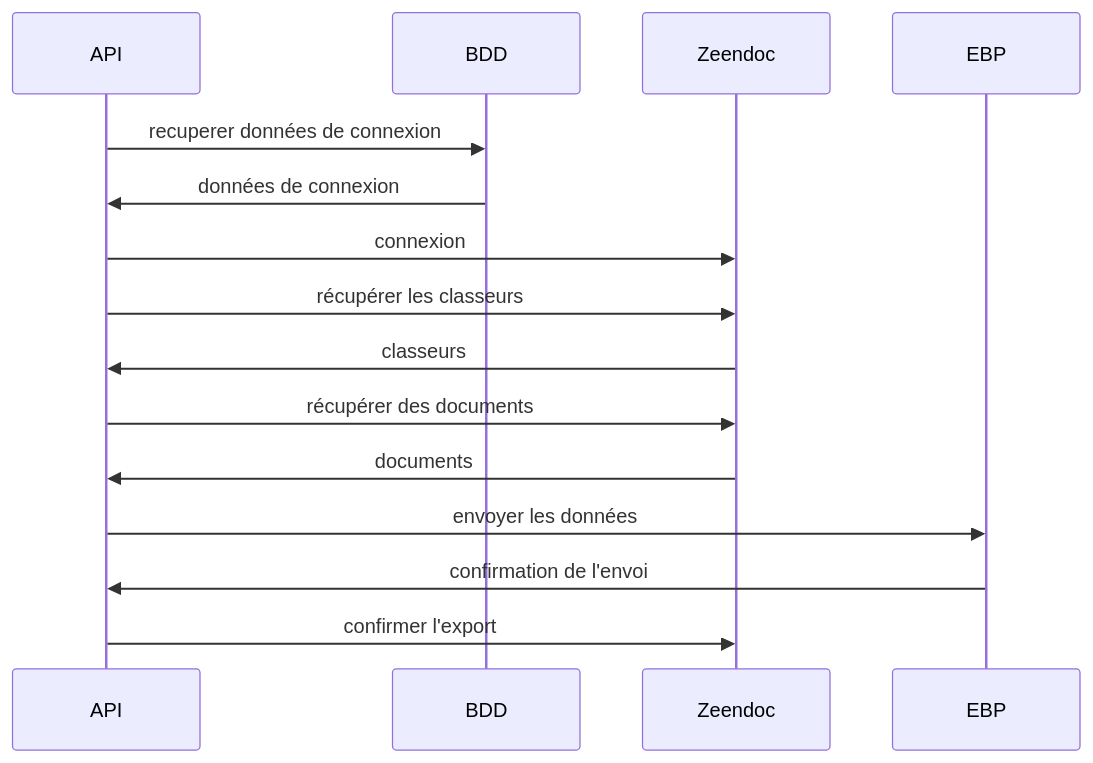
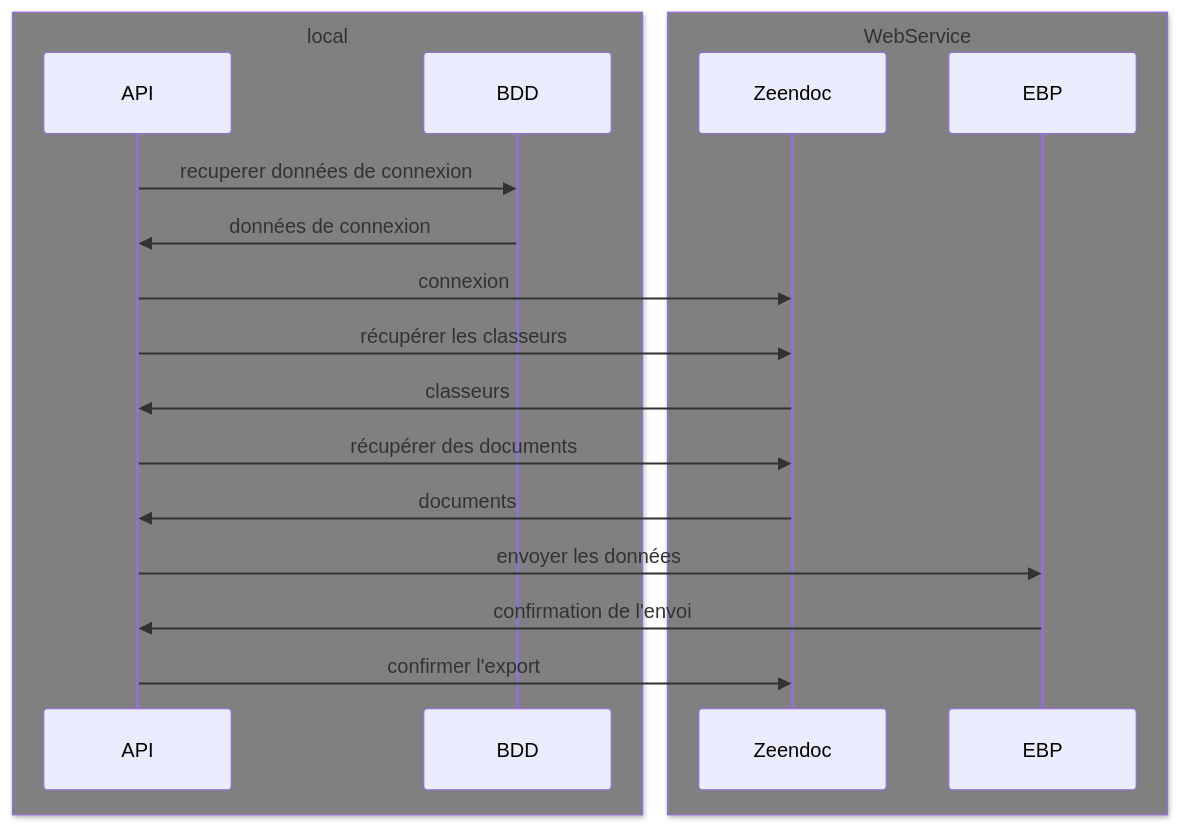
Before and after one commit to Mhivelin/exportBAP: the second of 2 diagrams in README.md, drawn with Mermaid. The commit also changed other lines of this file, not shown here.

````diff
--- a/README.md
+++ b/README.md
@@ -24,14 +24,27 @@
 ```mermaid
 sequenceDiagram
+
+box grey local
+participant API
+participant BDD
+end
+
+box grey WebService
+participant Zeendoc
+participant EBP
+end
+
+
+
 API->>BDD: recuperer données de connexion
 BDD->>API: données de connexion
 API->>Zeendoc: connexion
 API->>Zeendoc: récupérer les classeurs
 Zeendoc->>API: classeurs
 API->>Zeendoc: récupérer des documents
 Zeendoc->>API: documents
 API->>EBP: envoyer les données
 EBP->>API: confirmation de l'envoi
 API->>Zeendoc: confirmer l'export
 
 ```
````
